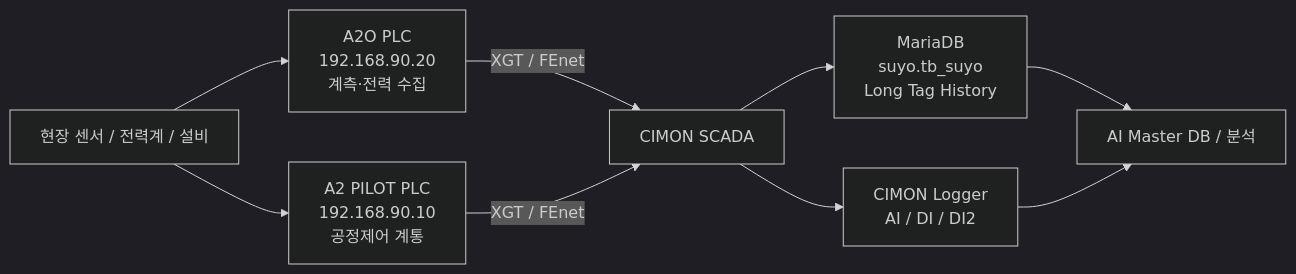
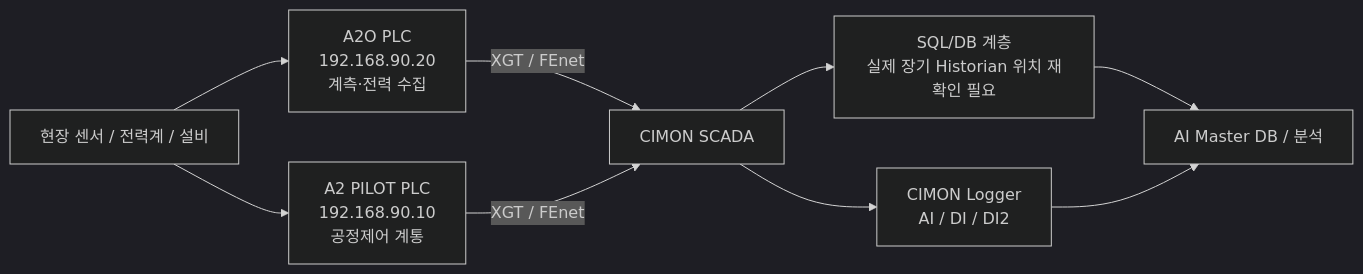
One commit to hori5000/Rulmera-OPA changed the diagram in 20-Water-AI/중랑/20-현장-시스템/01-중랑-데이터흐름-및-시스템경계.md. Above: the diagram before and after it, drawn with Mermaid (dark theme). The commit also changed other lines of this file and 210 other files, not shown here.

````diff
--- a/20-Water-AI/중랑/20-현장-시스템/01-중랑-데이터흐름-및-시스템경계.md
+++ b/20-Water-AI/중랑/20-현장-시스템/01-중랑-데이터흐름-및-시스템경계.md
@@ -35,11 +36,11 @@
 ```mermaid
 flowchart LR
     SENSOR["현장 센서 / 전력계 / 설비"] --> A2O["A2O PLC<br/>192.168.90.20<br/>계측·전력 수집"]
     SENSOR --> A2P["A2 PILOT PLC<br/>192.168.90.10<br/>공정제어 계통"]
     A2O -->|"XGT / FEnet"| SCADA["CIMON SCADA"]
     A2P -->|"XGT / FEnet"| SCADA
-    SCADA --> DB["MariaDB<br/>suyo.tb_suyo<br/>Long Tag History"]
+    SCADA --> DB["SQL/DB 계층<br/>실제 장기 Historian 위치 재확인 필요"]
     SCADA --> LOGGER["CIMON Logger<br/>AI / DI / DI2"]
     DB --> AI["AI Master DB / 분석"]
     LOGGER --> AI
 ```
````
